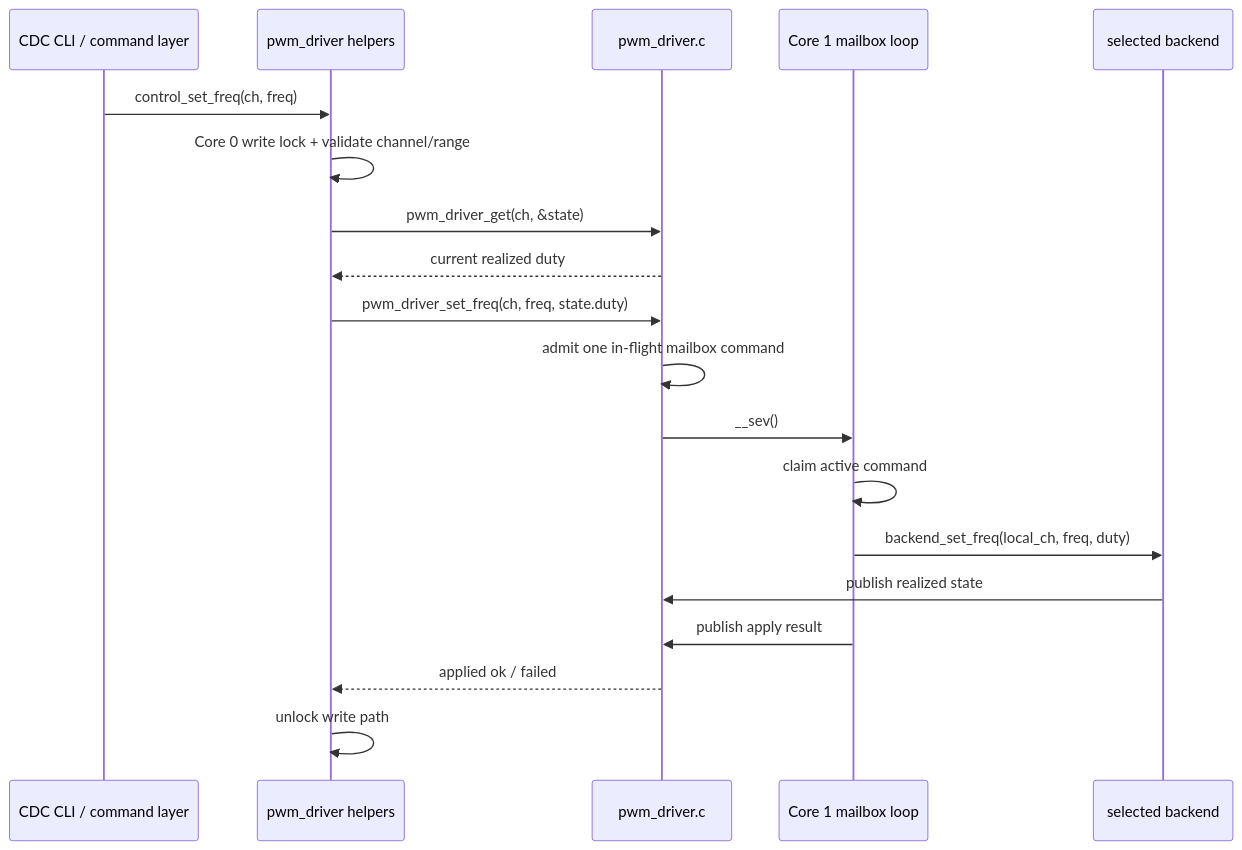
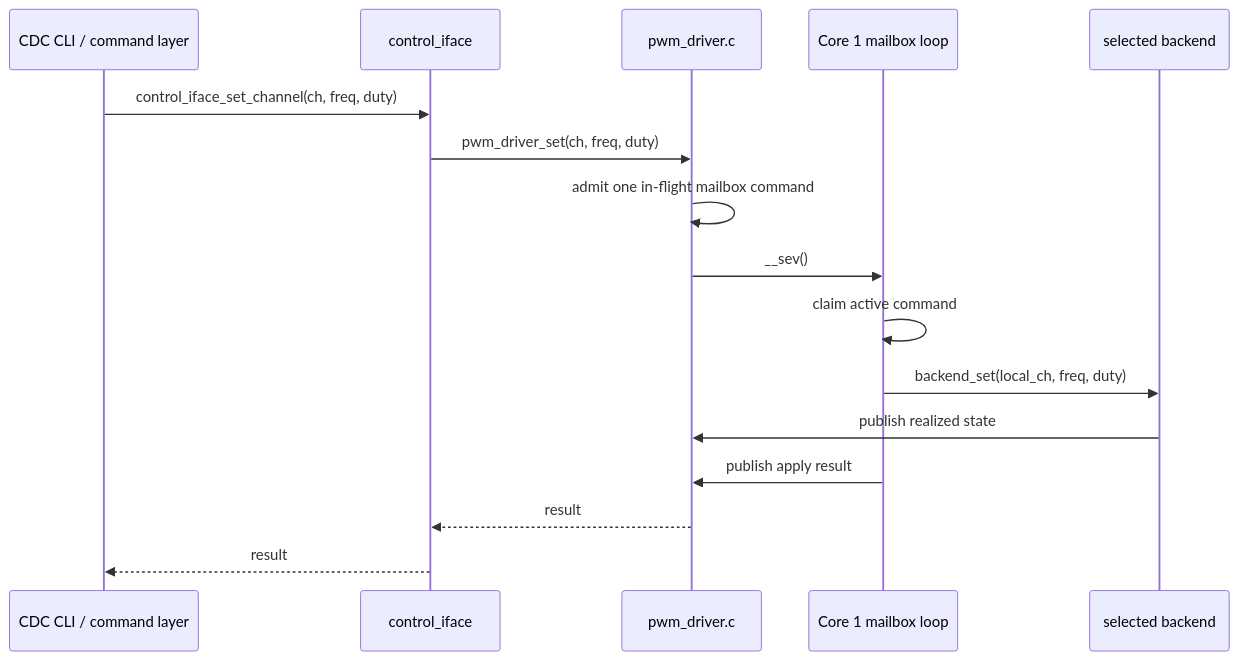
The fourth of 6 diagrams in docs/detail/pwm_driver_design.md (djwinter29-oss/PicoPWM), drawn with Mermaid before and after one commit. The commit also changed other lines of this file and 23 other files, not shown here.

````diff
--- a/docs/detail/pwm_driver_design.md
+++ b/docs/detail/pwm_driver_design.md
@@ -306,22 +306,19 @@
 ```mermaid
 sequenceDiagram
     participant CLI as CDC CLI / command layer
-    participant CTL as pwm_driver helpers
+    participant CTL as control_iface
     participant WR as pwm_driver.c
     participant C1 as Core 1 mailbox loop
     participant BE as selected backend
 
-    CLI->>CTL: control_set_freq(ch, freq)
-    CTL->>CTL: Core 0 write lock + validate channel/range
-    CTL->>WR: pwm_driver_get(ch, &state)
-    WR-->>CTL: current realized duty
-    CTL->>WR: pwm_driver_set_freq(ch, freq, state.duty)
+    CLI->>CTL: control_iface_set_channel(ch, freq, duty)
+    CTL->>WR: pwm_driver_set(ch, freq, duty)
     WR->>WR: admit one in-flight mailbox command
     WR->>C1: __sev()
     C1->>C1: claim active command
-    C1->>BE: backend_set_freq(local_ch, freq, duty)
+    C1->>BE: backend_set(local_ch, freq, duty)
     BE->>WR: publish realized state
     C1->>WR: publish apply result
-    WR-->>CTL: applied ok / failed
-    CTL->>CTL: unlock write path
+    WR-->>CTL: result
+    CTL-->>CLI: result
 ```
````
